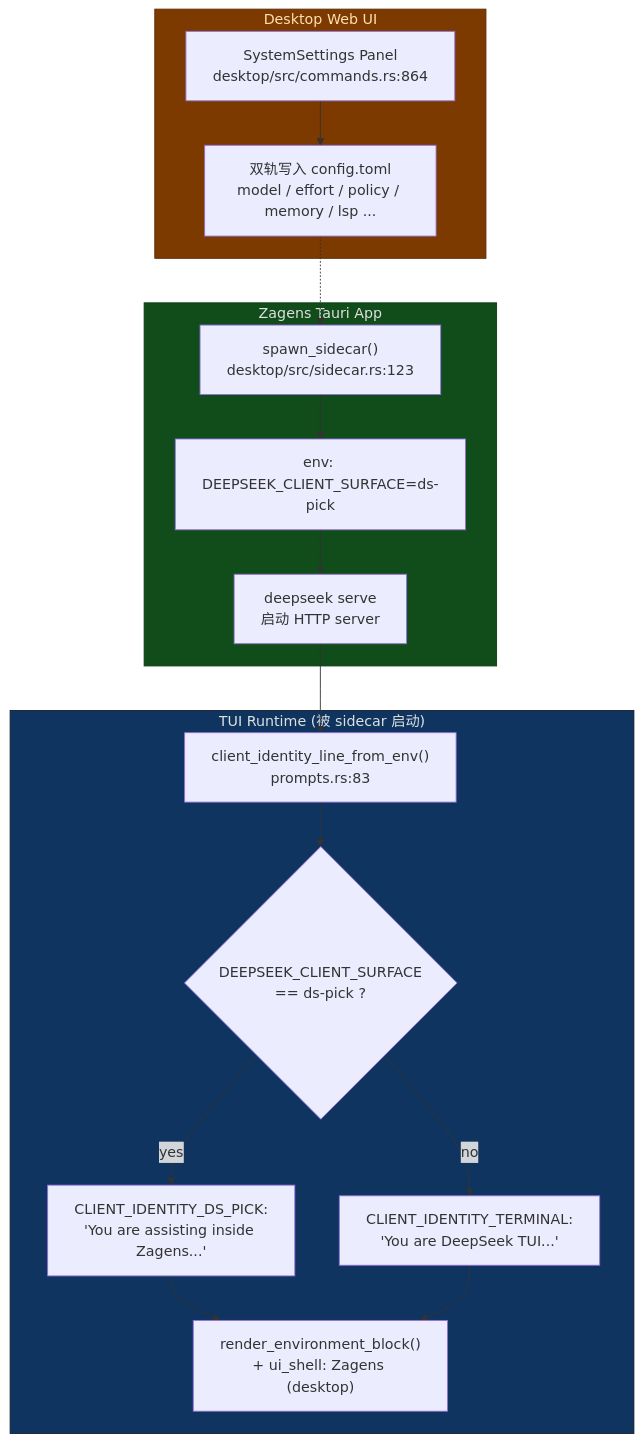
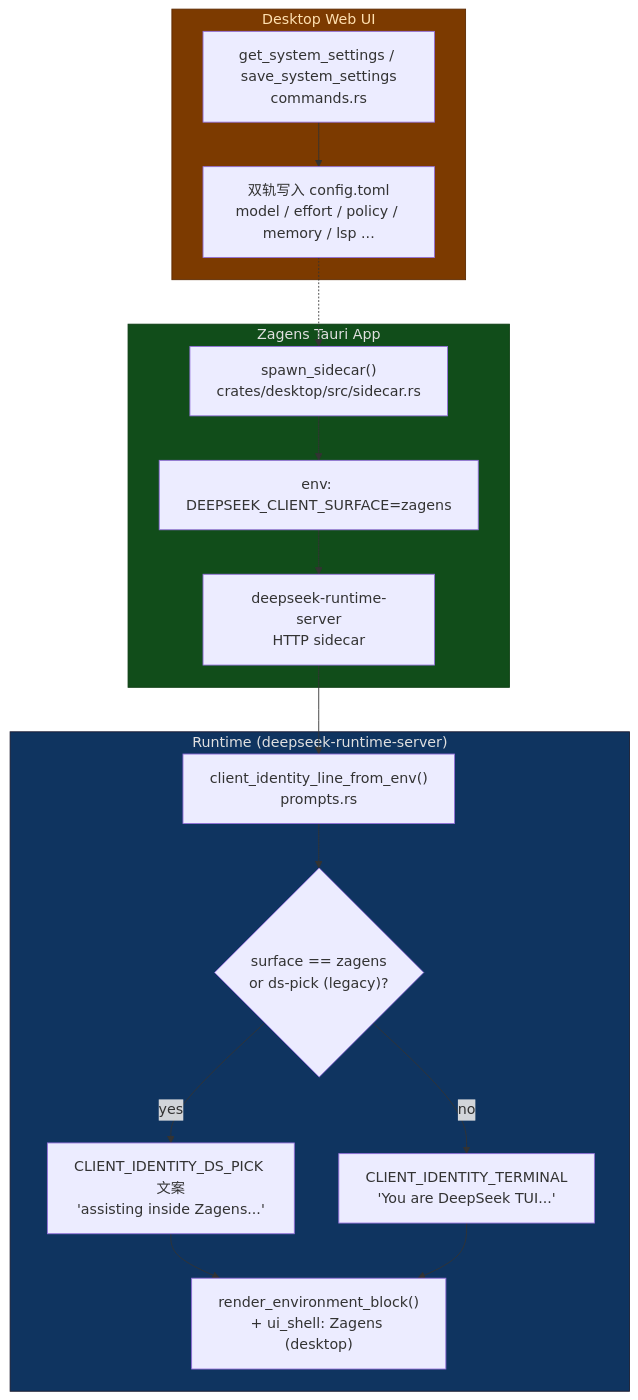
One commit to didclawapp-ai/zagens changed the sixth of 7 diagrams in docs/prompt-architecture.md. Above: the diagram before and after it, drawn with Mermaid. The commit also changed other lines of this file and 29 other files, not shown here.

First line of the commit message:
refactor(arch): D15 final architecture convergence for Desktop-only SSOT

````diff
--- a/docs/prompt-architecture.md
+++ b/docs/prompt-architecture.md
@@ -251,37 +261,37 @@
 ```mermaid
 flowchart TD
     subgraph DESKTOP["Zagens Tauri App"]
-        SIDECAR["spawn_sidecar()<br/>desktop/src/sidecar.rs:123"]
-        ENV["env: DEEPSEEK_CLIENT_SURFACE=ds-pick"]
-        SERVE["deepseek serve<br/>启动 HTTP server"]
+        SIDECAR["spawn_sidecar()<br/>crates/desktop/src/sidecar.rs"]
+        ENV["env: DEEPSEEK_CLIENT_SURFACE=zagens"]
+        SERVE["deepseek-runtime-server<br/>HTTP sidecar"]
     end
 
-    subgraph TUI["TUI Runtime (被 sidecar 启动)"]
-        DETECT["client_identity_line_from_env()<br/>prompts.rs:83"]
-        SWITCH{"DEEPSEEK_CLIENT_SURFACE<br/>== ds-pick ?"}
-        ID_PICK["CLIENT_IDENTITY_DS_PICK:<br/>'You are assisting inside Zagens...'"]
-        ID_TUI["CLIENT_IDENTITY_TERMINAL:<br/>'You are DeepSeek TUI...'"]
+    subgraph RUNTIME["Runtime (deepseek-runtime-server)"]
+        DETECT["client_identity_line_from_env()<br/>prompts.rs"]
+        SWITCH{"surface == zagens<br/>or ds-pick (legacy)?"}
+        ID_ZAGENS["CLIENT_IDENTITY_DS_PICK 文案<br/>'assisting inside Zagens...'"]
+        ID_TUI["CLIENT_IDENTITY_TERMINAL<br/>'You are DeepSeek TUI...'"]
         ENV_BLOCK["render_environment_block()<br/>+ ui_shell: Zagens (desktop)"]
     end
 
     subgraph WEB["Desktop Web UI"]
-        PANEL["SystemSettings Panel<br/>desktop/src/commands.rs:864"]
+        PANEL["get_system_settings / save_system_settings<br/>commands.rs"]
         SYNC["双轨写入 config.toml<br/>model / effort / policy / memory / lsp ..."]
     end
 
     SIDECAR --> ENV
     ENV --> SERVE
     SERVE --> DETECT
     DETECT --> SWITCH
-    SWITCH -->|yes| ID_PICK
+    SWITCH -->|yes| ID_ZAGENS
     SWITCH -->|no| ID_TUI
-    ID_PICK --> ENV_BLOCK
+    ID_ZAGENS --> ENV_BLOCK
     ID_TUI --> ENV_BLOCK
 
     PANEL --> SYNC
     SYNC -.-> SIDECAR
 
     style DESKTOP fill:#114d1a,stroke:#0a3a10,color:#e0e0e0
-    style TUI fill:#0f3460,stroke:#1a1a2e,color:#e0e0e0
+    style RUNTIME fill:#0f3460,stroke:#1a1a2e,color:#e0e0e0
     style WEB fill:#7c3a00,stroke:#5c2a00,color:#ffe0b0
 ```
````
